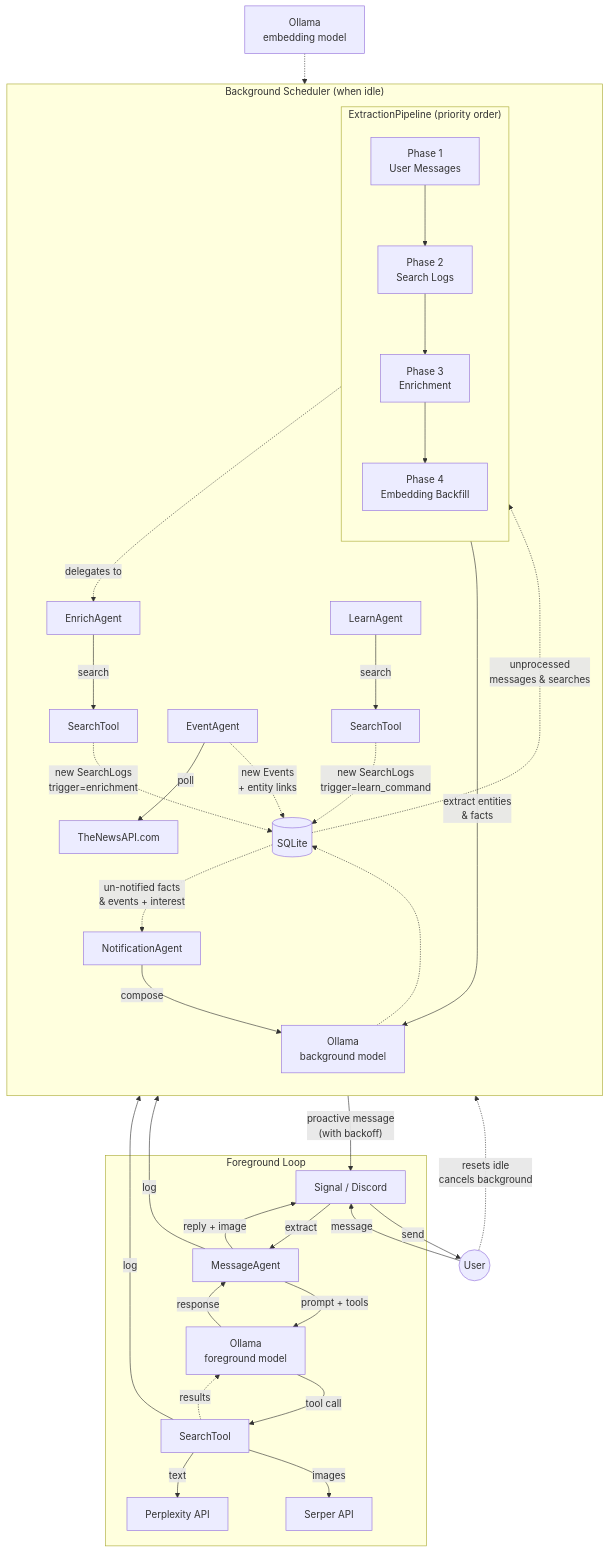
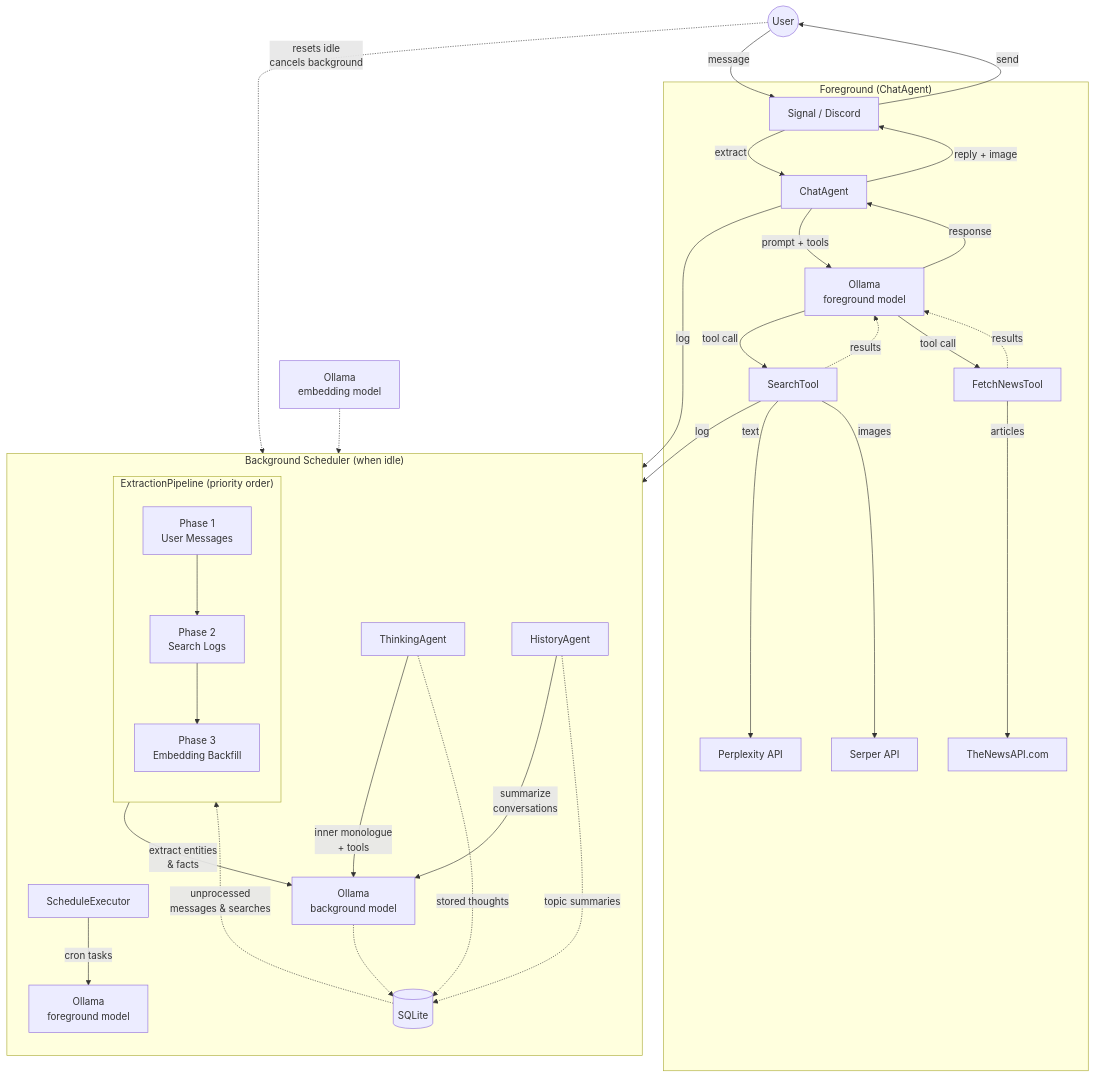
One commit to jaredlockhart/penny changed the diagram in penny/CLAUDE.md. Above: the diagram before and after it, drawn with Mermaid. The commit also changed other lines of this file and 107 other files, not shown here.

First line of the commit message:
feat: simplify agent architecture, add proactive messaging, consolidate to single model

````diff
--- a/penny/CLAUDE.md
+++ b/penny/CLAUDE.md
@@ -5,52 +5,48 @@
 ```mermaid
 flowchart TD
     User((User)) -->|message| Channel[Signal / Discord]
 
-    subgraph Foreground["Foreground Loop"]
-        Channel -->|extract| MA[MessageAgent]
-        MA -->|"prompt + tools"| FG_Ollama["Ollama<br>foreground model"]
+    subgraph Foreground["Foreground (ChatAgent)"]
+        Channel -->|extract| CA[ChatAgent]
+        CA -->|"prompt + tools"| FG_Ollama["Ollama<br>foreground model"]
         FG_Ollama -->|tool call| Search[SearchTool]
+        FG_Ollama -->|tool call| News[FetchNewsTool]
         Search -->|text| Perplexity[Perplexity API]
         Search -->|images| Serper[Serper API]
+        News -->|articles| TheNewsAPI[TheNewsAPI.com]
         Search -.->|results| FG_Ollama
-        FG_Ollama -->|response| MA
+        News -.->|results| FG_Ollama
+        FG_Ollama -->|response| CA
     end
 
-    MA -->|reply + image| Channel -->|send| User
-    MA -->|log| DB[(SQLite)]
+    CA -->|reply + image| Channel -->|send| User
+    CA -->|log| DB[(SQLite)]
     Search -->|log| DB
 
     subgraph Scheduler["Background Scheduler (when idle)"]
         direction TB
 
+        SE[ScheduleExecutor] -->|"cron tasks"| FG_Ollama2["Ollama<br>foreground model"]
+
         subgraph Pipeline["ExtractionPipeline (priority order)"]
             direction TB
             P1["Phase 1<br>User Messages"] --> P2["Phase 2<br>Search Logs"]
-            P2 --> P3["Phase 3<br>Enrichment"]
-            P3 --> P4["Phase 4<br>Embedding Backfill"]
+            P2 --> P3["Phase 3<br>Embedding Backfill"]
         end
-
-        P3 -.->|delegates to| Enrich[EnrichAgent]
-        Enrich -->|search| Search2[SearchTool]
-        Search2 -.->|"new SearchLogs<br>trigger=enrichment"| DB
-
-        EventAg[EventAgent] -->|poll| NewsAPI["TheNewsAPI.com"]
-        EventAg -.->|"new Events<br>+ entity links"| DB
-
-        LearnWorker[LearnAgent] -->|search| Search3[SearchTool]
-        Search3 -.->|"new SearchLogs<br>trigger=learn_command"| DB
 
         Pipeline -->|"extract entities<br>& facts"| BG_Ollama["Ollama<br>background model"]
         BG_Ollama -.-> DB
 
-        Notify[NotificationAgent] -->|compose| BG_Ollama
+        Think[ThinkingAgent] -->|"inner monologue<br>+ tools"| BG_Ollama
+        Think -.->|"stored thoughts"| DB
+
+        History[HistoryAgent] -->|"summarize<br>conversations"| BG_Ollama
+        History -.->|"topic summaries"| DB
     end
 
     DB -.->|"unprocessed<br>messages & searches"| P1
-    DB -.->|"un-notified facts<br>& events + interest"| Notify
-    Notify -->|"proactive message<br>(with backoff)"| Channel
 
     User -.->|"resets idle<br>cancels background"| Scheduler
 
     Embed["Ollama<br>embedding model"] -.-> Pipeline
 ```
````
